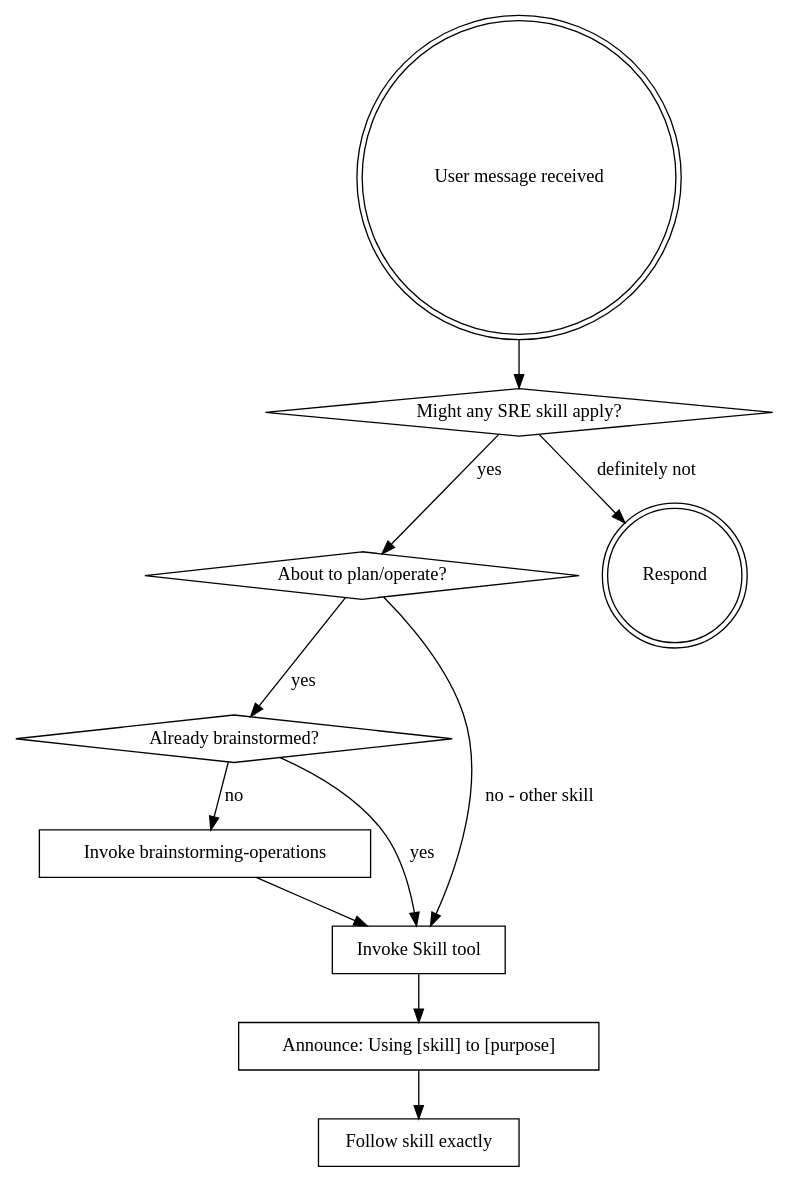
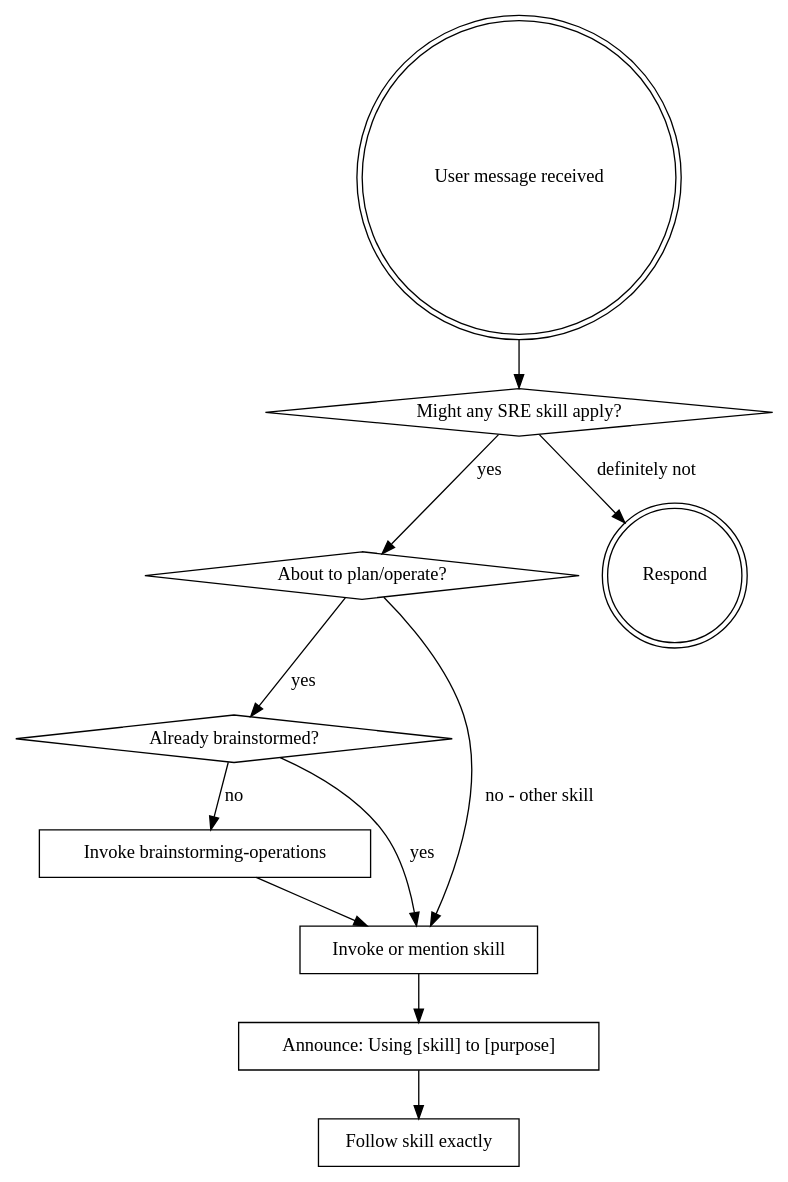
Before and after one commit to yg-codes/srepowers: the diagram in skills/using-srepowers/SKILL.md, drawn with Graphviz. The commit also changed other lines of this file and 62 other files, not shown here.

````diff
--- a/skills/using-srepowers/SKILL.md
+++ b/skills/using-srepowers/SKILL.md
@@ -26,24 +28,24 @@
 ```dot
 digraph skill_flow {
     "User message received" [shape=doublecircle];
     "Might any SRE skill apply?" [shape=diamond];
     "About to plan/operate?" [shape=diamond];
     "Already brainstormed?" [shape=diamond];
     "Invoke brainstorming-operations" [shape=box];
-    "Invoke Skill tool" [shape=box];
+    "Invoke or mention skill" [shape=box];
     "Announce: Using [skill] to [purpose]" [shape=box];
     "Follow skill exactly" [shape=box];
     "Respond" [shape=doublecircle];
 
     "User message received" -> "Might any SRE skill apply?";
     "Might any SRE skill apply?" -> "About to plan/operate?" [label="yes"];
     "Might any SRE skill apply?" -> "Respond" [label="definitely not"];
     "About to plan/operate?" -> "Already brainstormed?" [label="yes"];
-    "About to plan/operate?" -> "Invoke Skill tool" [label="no - other skill"];
+    "About to plan/operate?" -> "Invoke or mention skill" [label="no - other skill"];
     "Already brainstormed?" -> "Invoke brainstorming-operations" [label="no"];
-    "Already brainstormed?" -> "Invoke Skill tool" [label="yes"];
-    "Invoke brainstorming-operations" -> "Invoke Skill tool";
-    "Invoke Skill tool" -> "Announce: Using [skill] to [purpose]";
+    "Already brainstormed?" -> "Invoke or mention skill" [label="yes"];
+    "Invoke brainstorming-operations" -> "Invoke or mention skill";
+    "Invoke or mention skill" -> "Announce: Using [skill] to [purpose]";
     "Announce: Using [skill] to [purpose]" -> "Follow skill exactly";
 }
 ```
````
